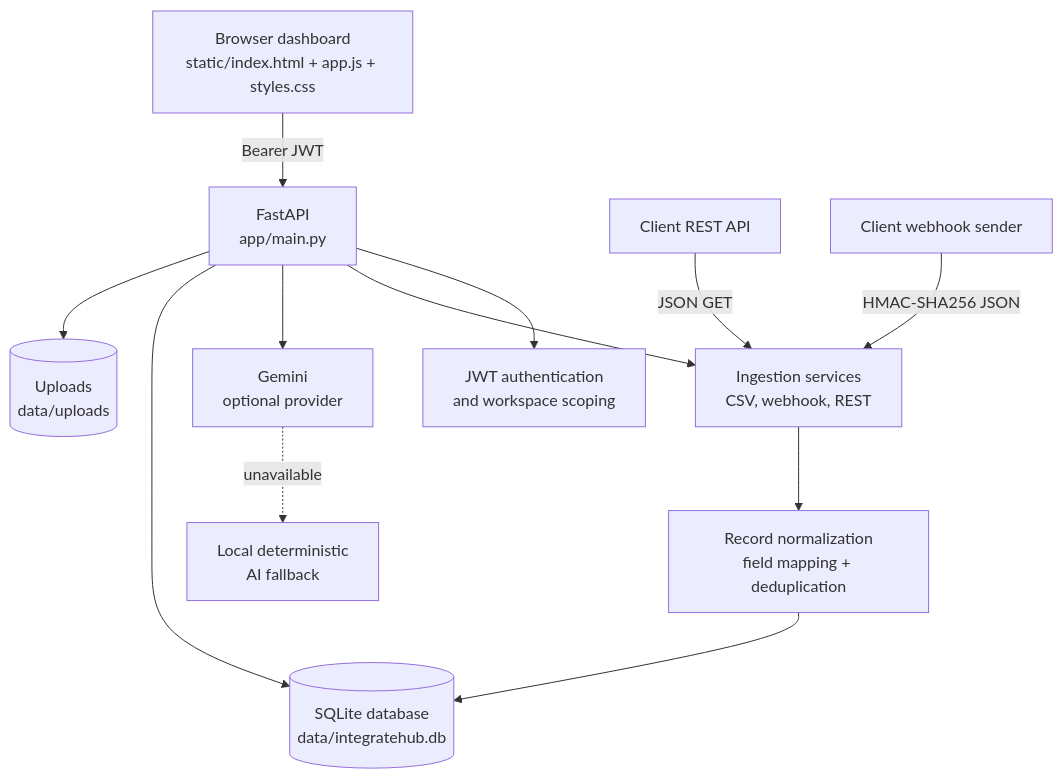
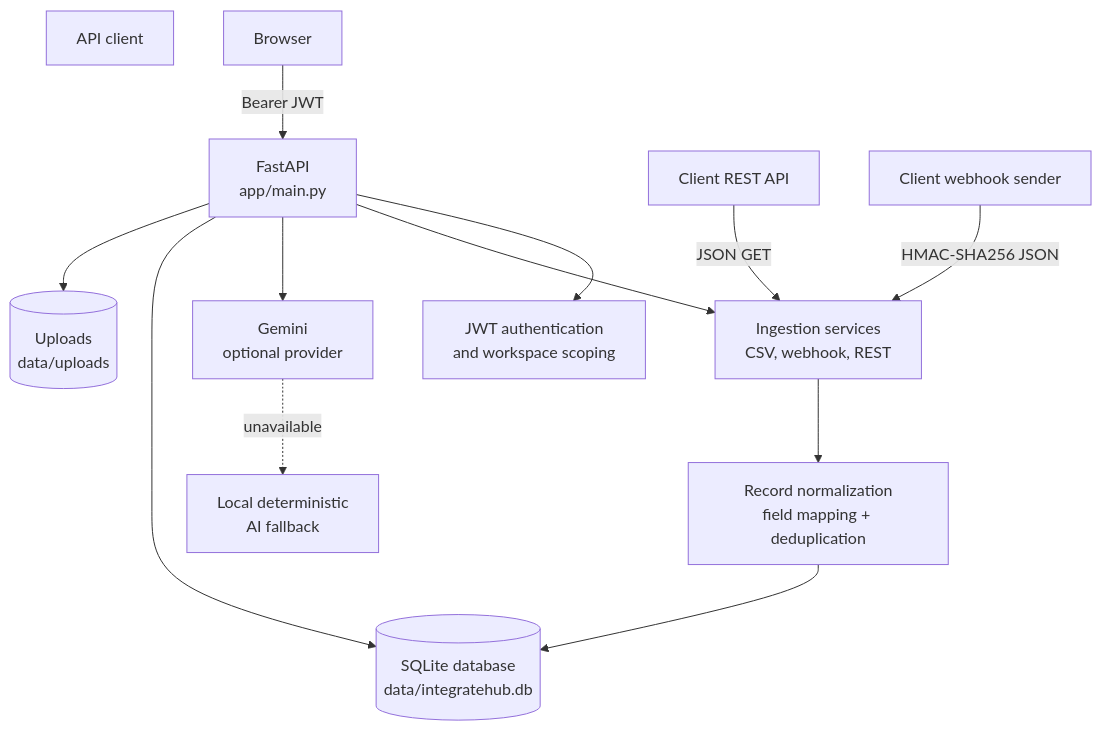
Before and after one commit to veer-bajpai/Integrate.Hub-AI-Powered-Data-Integration-Platform: the diagram in docs/architecture.md, drawn with Mermaid. The commit also changed other lines of this file and 17 other files, not shown here.

````diff
--- a/docs/architecture.md
+++ b/docs/architecture.md
@@ -5,26 +5,26 @@
 ```mermaid
 flowchart TB
-    Browser[Browser dashboard\nstatic/index.html + app.js + styles.css]
+    Client[API client]
     API[FastAPI\napp/main.py]
     Auth[JWT authentication\nand workspace scoping]
     Ingest[Ingestion services\nCSV, webhook, REST]
     Normalize[Record normalization\nfield mapping + deduplication]
     AI[Gemini\noptional provider]
     Fallback[Local deterministic\nAI fallback]
     SQLite[(SQLite database\ndata/integratehub.db)]
     Uploads[(Uploads\ndata/uploads)]
     RestSource[Client REST API]
     WebhookSource[Client webhook sender]
 
     Browser -->|Bearer JWT| API
     API --> Auth
     API --> Ingest
     API --> AI
     AI -. unavailable .-> Fallback
     Ingest --> Normalize
     Normalize --> SQLite
     API --> SQLite
     API --> Uploads
     RestSource -->|JSON GET| Ingest
     WebhookSource -->|HMAC-SHA256 JSON| Ingest
 ```
````
